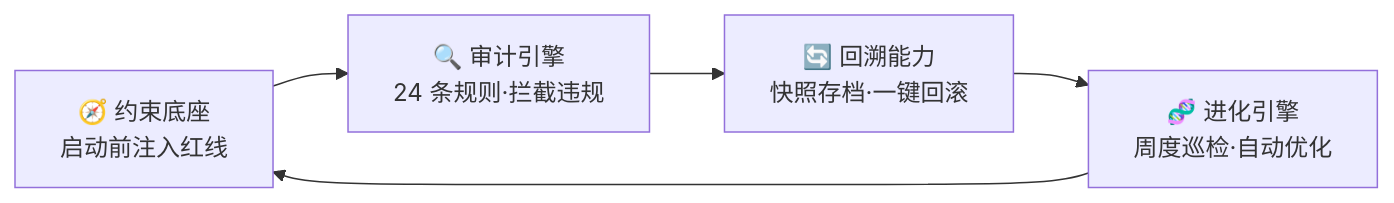
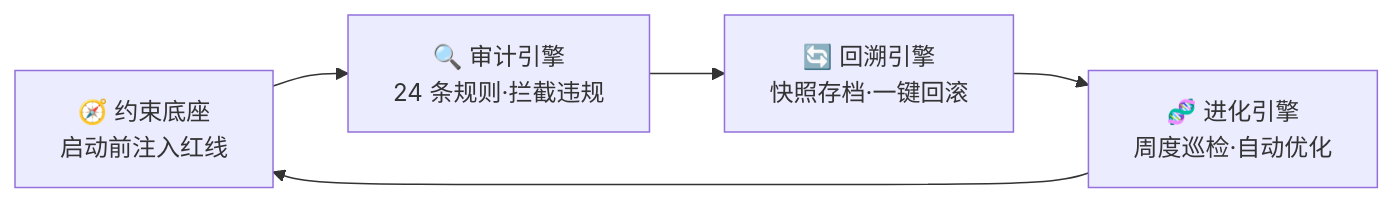
The fourth of 8 diagrams in docs/ARCHITECTURE.md (KongFangXun/sofagent), drawn with Mermaid before and after one commit. The commit also changed other lines of this file and 27 other files, not shown here.

````diff
--- a/docs/ARCHITECTURE.md
+++ b/docs/ARCHITECTURE.md
@@ -190,7 +190,7 @@
 ```mermaid
 graph LR
     A["🧭 约束底座<br/>启动前注入红线"] --> B["🔍 审计引擎<br/>24 条规则·拦截违规"]
-    B --> C["🔄 回溯能力<br/>快照存档·一键回滚"]
+    B --> C["🔄 回溯引擎<br/>快照存档·一键回滚"]
     C --> D["🧬 进化引擎<br/>周度巡检·自动优化"]
     D --> A
 ```
````
